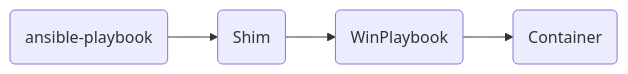
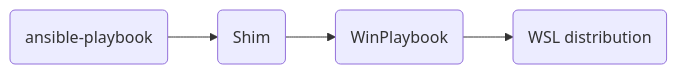
One commit to LeonardoSextare/WinPlaybook changed the first of 3 diagrams in docs/en/how-it-works.md. Above: the diagram before and after it, drawn with Mermaid. The commit also changed other lines of this file and 1 other file, not shown here.

Commit message:
docs: explica como o WinPlaybook funciona com o WSL

````diff
--- a/docs/en/how-it-works.md
+++ b/docs/en/how-it-works.md
@@ -8,4 +8,4 @@
 ```mermaid
 flowchart LR
-    command("ansible-playbook") --> shim("Shim") --> module("WinPlaybook") --> container("Container")
+    command("ansible-playbook") --> shim("Shim") --> module("WinPlaybook") --> distro("WSL distribution")
 ```
````
